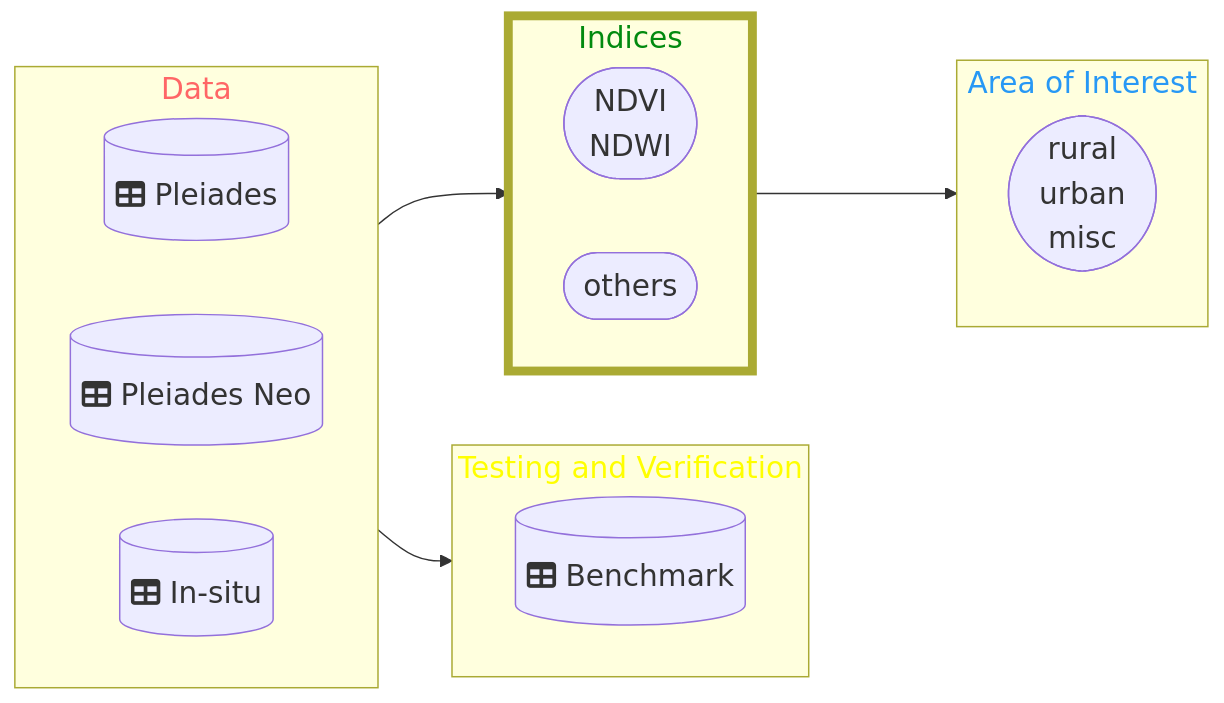
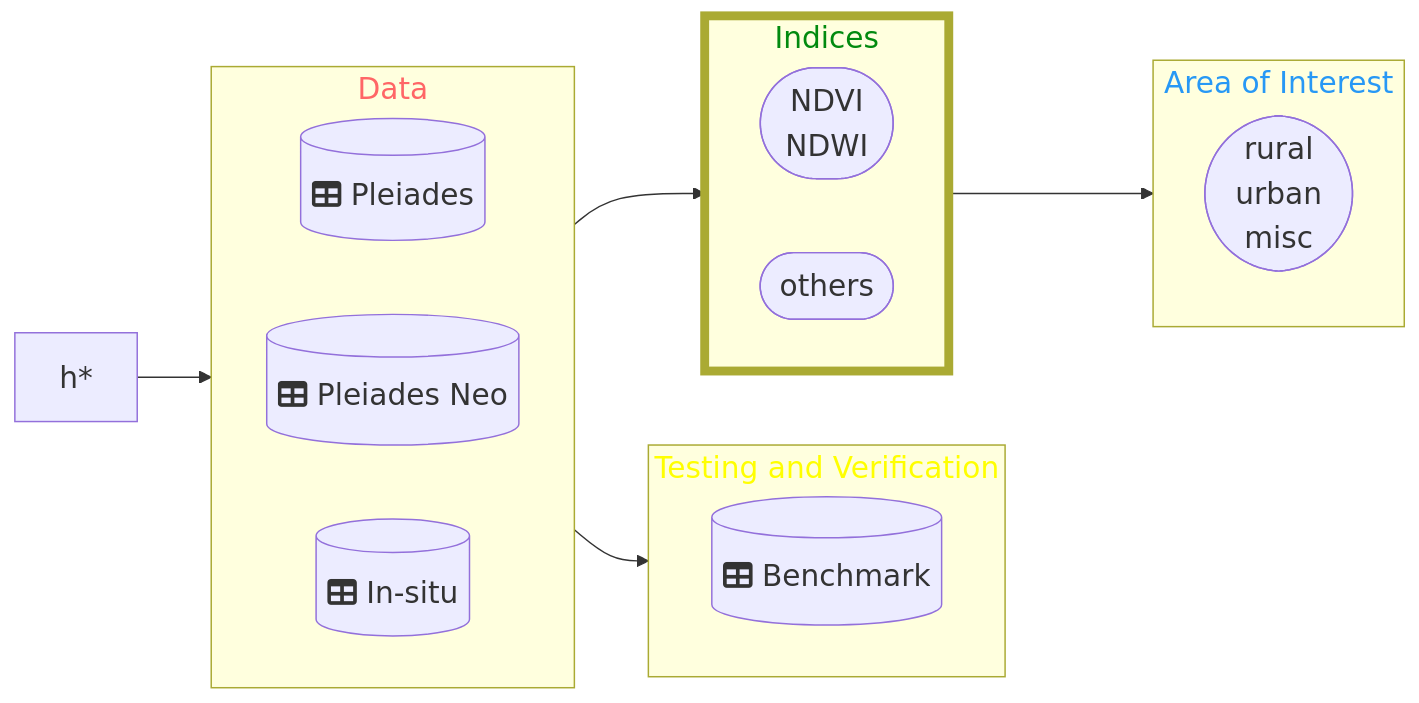
The diagram in Area-Features/README.md (DippoldEJ/Feature-Detection-and-Explanation), drawn with Mermaid before and after one commit.

````diff
--- a/Area-Features/README.md
+++ b/Area-Features/README.md
@@ -14,40 +14,42 @@
 ```mermaid
 flowchart LR;
 %%{init: {
 	'themeVariables': { 'fontSize': '20px', 'fontFamily': 'Didot'}
 	}
 }%%
 
  subgraph n[Data]
         direction LR
         h[(fa:fa-table Pleiades)]
         b[(fa:fa-table Pleiades Neo)]
 		s[(fa:fa-table In-situ)]
     end
 
  subgraph q[Testing and Verification]
         direction LR
         r[(fa:fa-table Benchmark)]
     end
 
  subgraph o[Indices]
         direction LR
         j([NDVI <br /> NDWI])
         m([others])
     end
 
 subgraph p[Area of Interest]
     a([rural <br /> urban  <br />  misc])
     end
 
 style n color:#f66
 style o stroke-width:6px
 style o color:#028A0F
 style p color:#2798F5
 style q color:#FFFF00
 
 n-->o
 o-->p
 n-->q
 
+h*-->b
+
 ```
````
